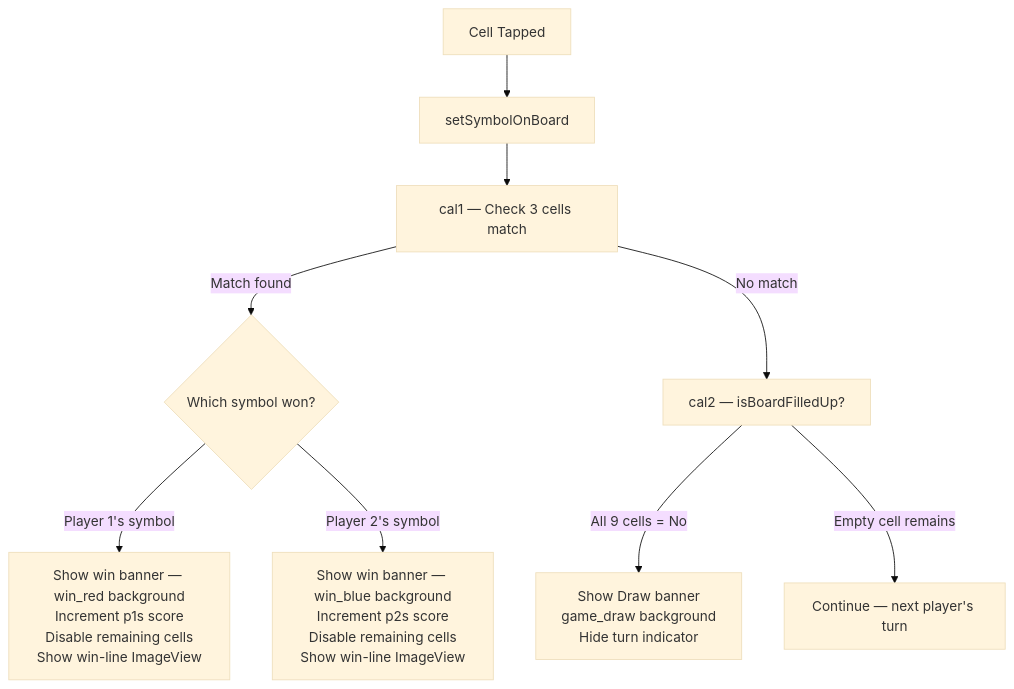
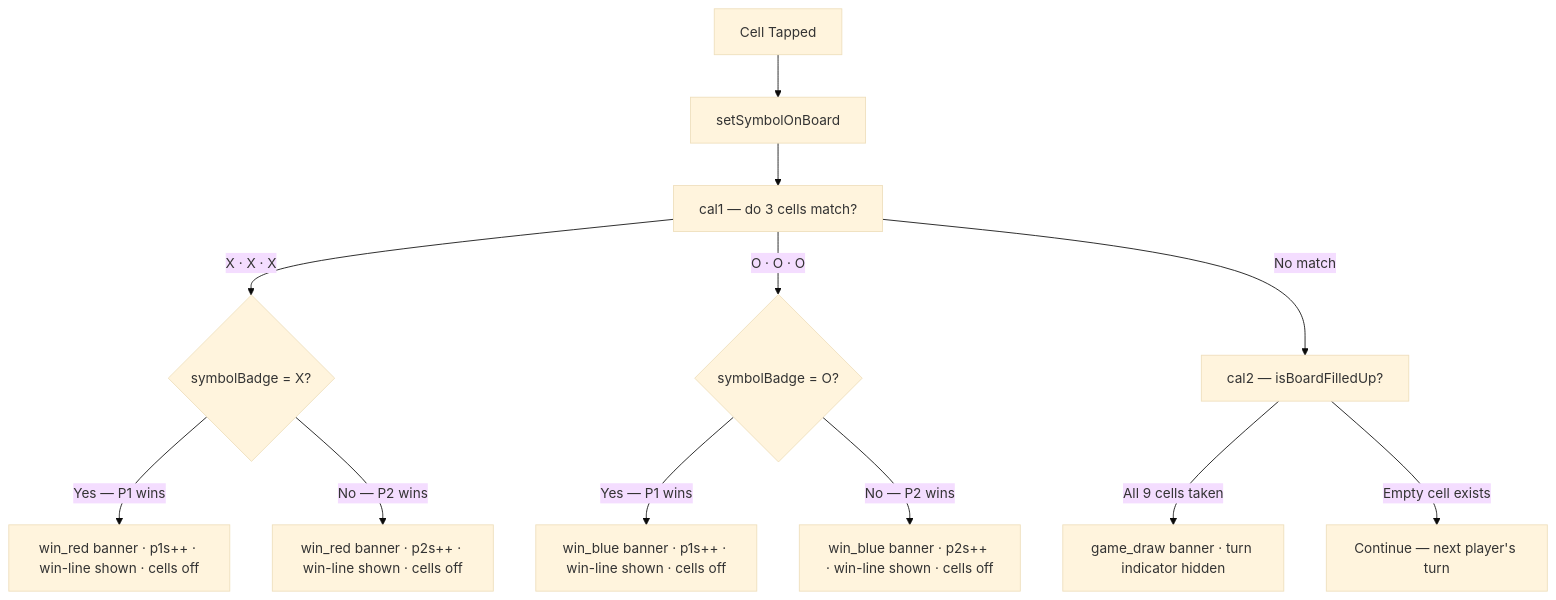
The third of 4 diagrams in README.md (kumarpiyushraj/Tic-Tac-Toe), drawn with Mermaid (base theme) before and after one commit. The commit also changed other lines of this file, not shown here.

````diff
--- a/README.md
+++ b/README.md
@@ -373,11 +358,14 @@
 ```mermaid
 graph TD
     A[Cell Tapped] --> B[setSymbolOnBoard]
-    B --> C[cal1 — Check 3 cells match]
-    C -->|Match found| D{Which symbol won?}
-    D -->|Player 1's symbol| E[Show win banner — win_red background<br/>Increment p1s score<br/>Disable remaining cells<br/>Show win-line ImageView]
-    D -->|Player 2's symbol| F[Show win banner — win_blue background<br/>Increment p2s score<br/>Disable remaining cells<br/>Show win-line ImageView]
-    C -->|No match| G[cal2 — isBoardFilledUp?]
-    G -->|All 9 cells = No| H[Show Draw banner<br/>game_draw background<br/>Hide turn indicator]
-    G -->|Empty cell remains| I[Continue — next player's turn]
+    B --> C[cal1 — do 3 cells match?]
+    C -->|X · X · X| D{symbolBadge = X?}
+    C -->|O · O · O| E{symbolBadge = O?}
+    D -->|Yes — P1 wins| F[win_red banner · p1s++ · win-line shown · cells off]
+    D -->|No — P2 wins| G[win_red banner · p2s++ · win-line shown · cells off]
+    E -->|Yes — P1 wins| H[win_blue banner · p1s++ · win-line shown · cells off]
+    E -->|No — P2 wins| I[win_blue banner · p2s++ · win-line shown · cells off]
+    C -->|No match| J[cal2 — isBoardFilledUp?]
+    J -->|All 9 cells taken| K[game_draw banner · turn indicator hidden]
+    J -->|Empty cell exists| L[Continue — next player's turn]
 ```
````
